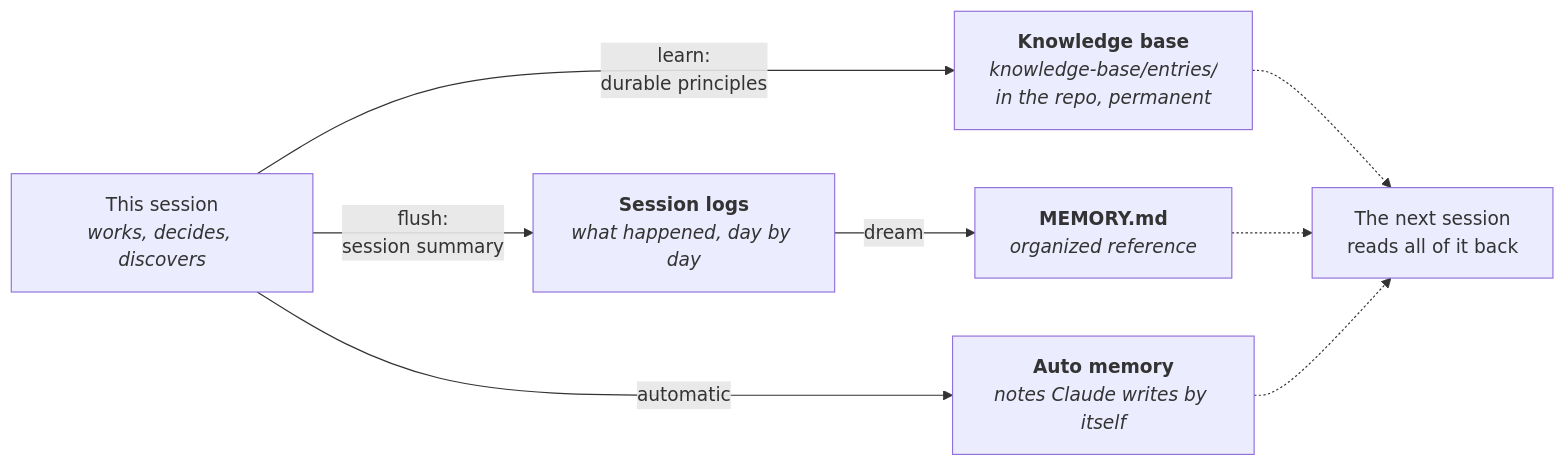
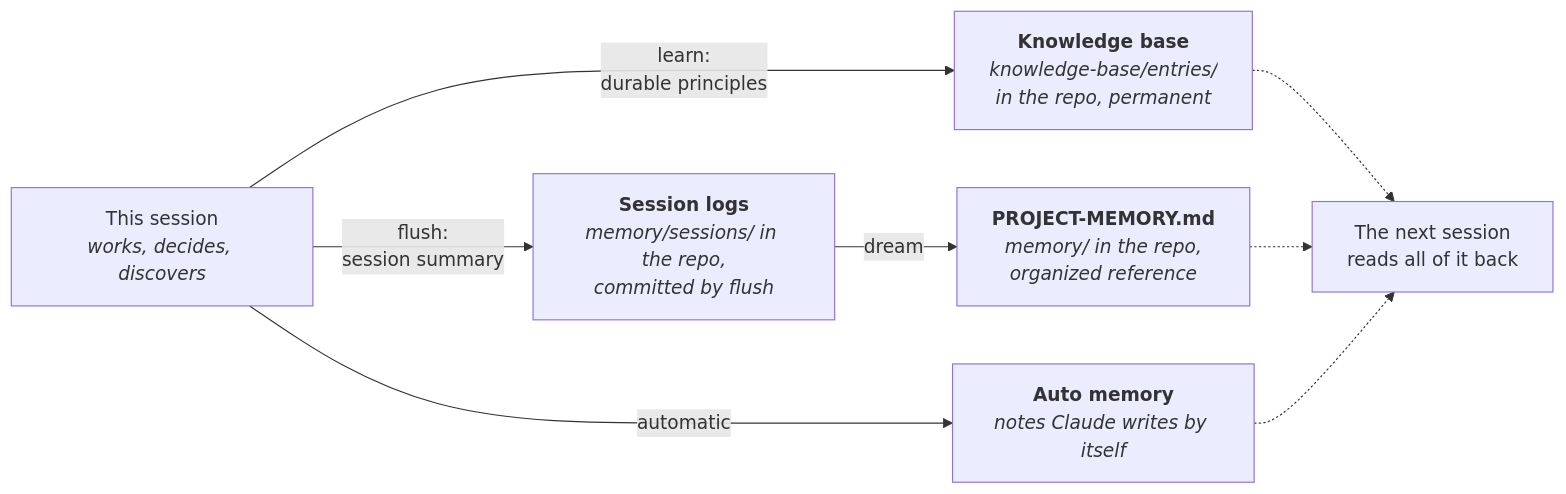
The fourth of 4 diagrams in SYSTEM-OVERVIEW.md (selawood-web/claude-code-generic-guide), drawn with Mermaid before and after one commit. The commit also changed other lines of this file and 21 other files, not shown here.

First line of the commit message:
feat(memory): keep project memory in the repo and make flushing automatic

````diff
--- a/SYSTEM-OVERVIEW.md
+++ b/SYSTEM-OVERVIEW.md
@@ -178,10 +179,10 @@
 ```mermaid
 flowchart LR
     S["This session<br/><i>works, decides, discovers</i>"] -- "learn:<br/>durable principles" --> KB["<b>Knowledge base</b><br/><i>knowledge-base/entries/<br/>in the repo, permanent</i>"]
-    S -- "flush:<br/>session summary" --> SL["<b>Session logs</b><br/><i>what happened, day by day</i>"]
+    S -- "flush:<br/>session summary" --> SL["<b>Session logs</b><br/><i>memory/sessions/ in the repo,<br/>committed by flush</i>"]
     S -- "automatic" --> AM["<b>Auto memory</b><br/><i>notes Claude writes by itself</i>"]
-    SL -- "dream" --> MM["<b>MEMORY.md</b><br/><i>organized reference</i>"]
+    SL -- "dream" --> MM["<b>PROJECT-MEMORY.md</b><br/><i>memory/ in the repo,<br/>organized reference</i>"]
     KB -.-> N["The next session<br/>reads all of it back"]
     MM -.-> N
     AM -.-> N
 ```
````
